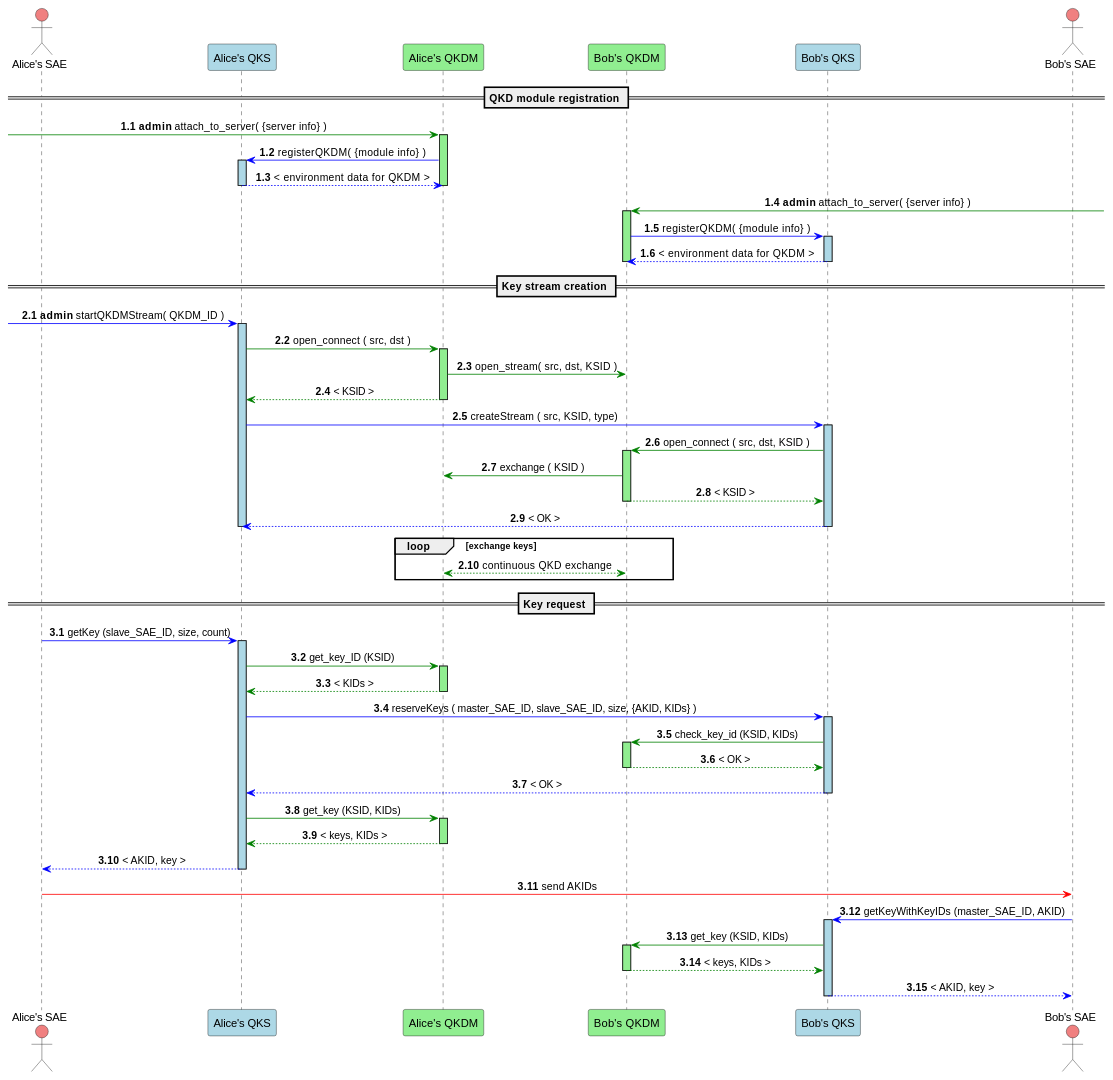
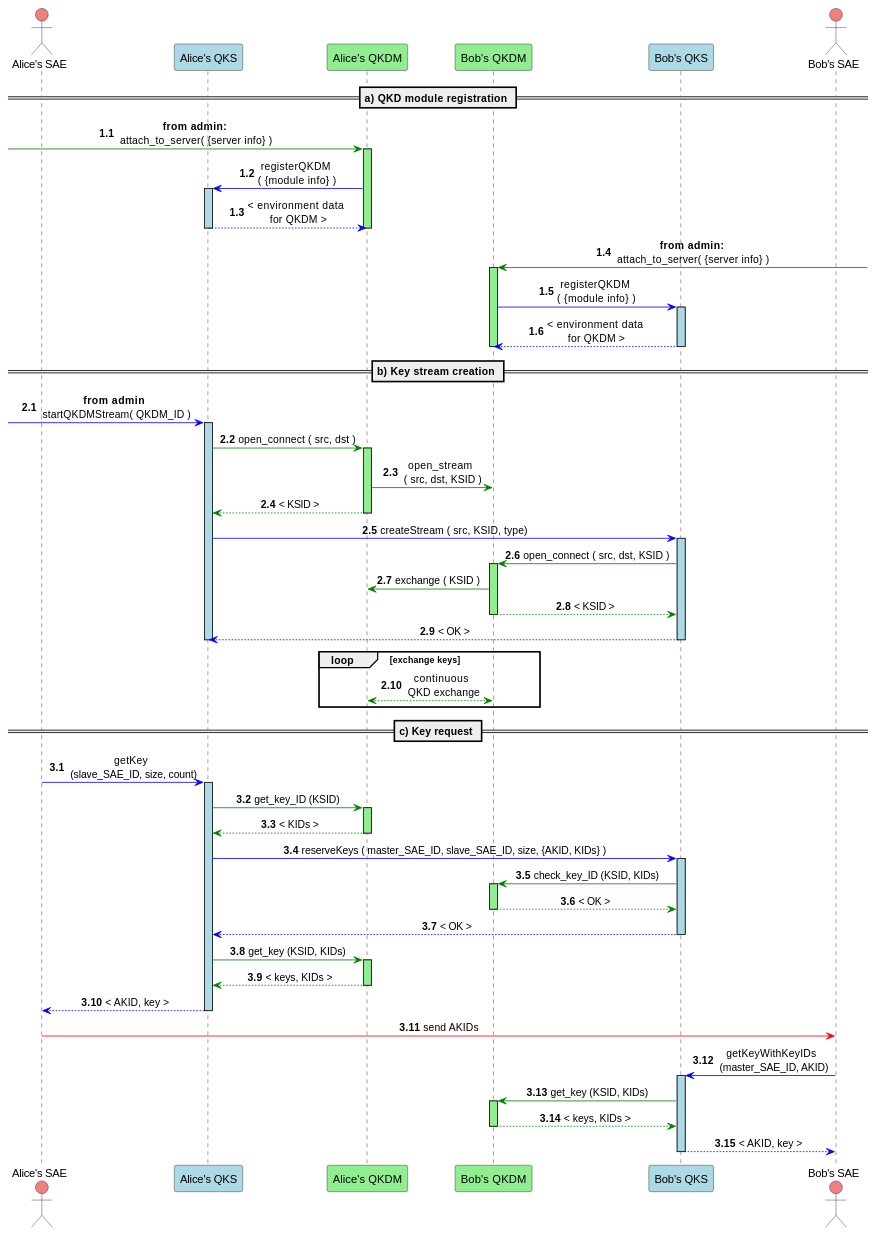
One commit to ignaziopedone/qkd-keyserver changed the first of 2 diagrams in docs/API_sequence_diagram.md. Above: the diagram before and after it, drawn with PlantUML. The commit also changed other lines of this file and 2 other files, not shown here.

Commit message:
updated sequence diagrams

```diff
--- a/docs/API_sequence_diagram.md
+++ b/docs/API_sequence_diagram.md
@@ -11,60 +11,60 @@
 @startuml
 skinparam sequenceMessageAlign center
 actor "Alice's SAE" as ASAE order 2 #lightCoral
 actor "Bob's SAE" as BSAE order 7 #lightCoral
 participant "Alice's QKS" as AQKS order 3 #LightBlue
 participant "Bob's QKS" as BQKS order 6 #LightBlue
 participant "Alice's QKDM" as AQM order 4 #LightGreen
 participant "Bob's QKDM" as BQM order 5 #LightGreen
 
-== QKD module registration ==
+== a) QKD module registration ==
 autonumber 1.1
- [-[#green]> AQM ++ #LightGreen:**admin** attach_to_server( {server info} ) 
-AQM -[#blue]> AQKS ++ #LightBlue: registerQKDM( {module info} )
-AQKS -[#blue]-> AQM --: < environment data for QKDM >
+ [-[#green]> AQM ++ #LightGreen:**from admin:**\n attach_to_server( {server info} ) 
+AQM -[#blue]> AQKS ++ #LightBlue: registerQKDM \n( {module info} )
+AQKS -[#blue]-> AQM --: < environment data \n for QKDM >
 deactivate AQM
-BQM <[#green]-] ++ #Lightgreen: **admin** attach_to_server( {server info} )
-BQM -[#blue]> BQKS ++ #LightBlue: registerQKDM( {module info} )
-BQKS -[#blue]-> BQM --:  < environment data for QKDM >
+BQM <[#green]-] ++ #Lightgreen: **from admin:**\n attach_to_server( {server info} )
+BQM -[#blue]> BQKS ++ #LightBlue: registerQKDM \n( {module info} )
+BQKS -[#blue]-> BQM --:  < environment data \nfor QKDM >
 deactivate BQM
 
-== Key stream creation == 
+== b) Key stream creation == 
 autonumber inc A
 
-[-[#blue]> AQKS ++ #lightblue: **admin** startQKDMStream( QKDM_ID )
+[-[#blue]> AQKS ++ #lightblue: **from admin** \n startQKDMStream( QKDM_ID )
 AQKS -[#green]> AQM ++ #lightgreen: open_connect ( src, dst )
-AQM -[#green]> BQM : open_stream(  src, dst, KSID )
+AQM -[#green]> BQM : open_stream \n (  src, dst, KSID )
 AQM --[#green]> AQKS --: < KSID >
 AQKS -[#blue]> BQKS ++ #lightblue: createStream ( src, KSID, type) 
 BQKS -[#green]> BQM ++ #lightgreen: open_connect ( src, dst, KSID ) 
 BQM -[#green]> AQM : exchange ( KSID )
 BQM --[#green]> BQKS -- : < KSID >
 BQKS --[#blue]> AQKS -- : < OK >
 deactivate AQKS
 
 loop exchange keys
-    AQM <-[#green]-> BQM : continuous QKD exchange
+    AQM <-[#green]-> BQM : continuous \n QKD exchange
 end
 
 
-== Key request == 
+== c) Key request == 
 autonumber inc A
 
-ASAE -[#blue]> AQKS ++ #LightBlue: getKey (slave_SAE_ID, size, count) 
+ASAE -[#blue]> AQKS ++ #LightBlue: getKey \n (slave_SAE_ID, size, count) 
 AQKS -[#green]> AQM ++ #LightGreen: get_key_ID (KSID)
 AQM -[#green]->AQKS --: < KIDs > 
 AQKS -[#blue]> BQKS ++ #LightBlue: reserveKeys ( master_SAE_ID, slave_SAE_ID, size, {AKID, KIDs} ) 
-BQKS -[#green]> BQM ++ #LightGreen: check_key_id (KSID, KIDs)
+BQKS -[#green]> BQM ++ #LightGreen: check_key_ID (KSID, KIDs)
 BQM -[#green]-> BQKS -- : < OK >
 BQKS -[#blue]-> AQKS --: < OK >
 AQKS -[#green]> AQM ++ #LightGreen: get_key (KSID, KIDs) 
 AQM -[#green]-> AQKS --: < keys, KIDs >
 AQKS -[#blue]-> ASAE --: < AKID, key >
 
 ASAE -[#red]> BSAE :  send AKIDs  
-BSAE -[#blue]> BQKS ++ #LightBlue: getKeyWithKeyIDs (master_SAE_ID, AKID)
+BSAE -[#blue]> BQKS ++ #LightBlue: getKeyWithKeyIDs \n (master_SAE_ID, AKID)
 BQKS -[#green]> BQM ++ #LightGreen: get_key (KSID, KIDs) 
 BQM -[#green]-> BQKS --: < keys, KIDs > 
 BQKS -[#blue]-> BSAE -- :  < AKID, key >
 
 @enduml
```
